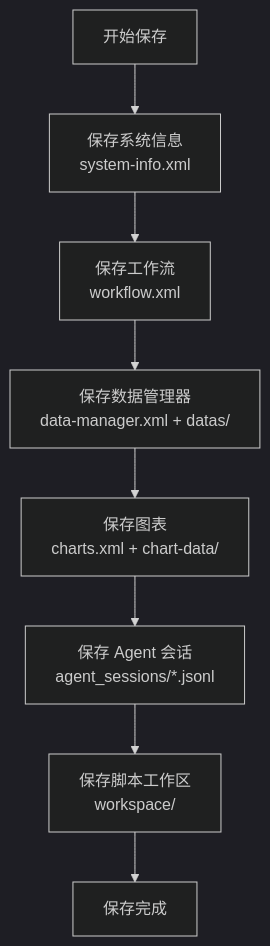
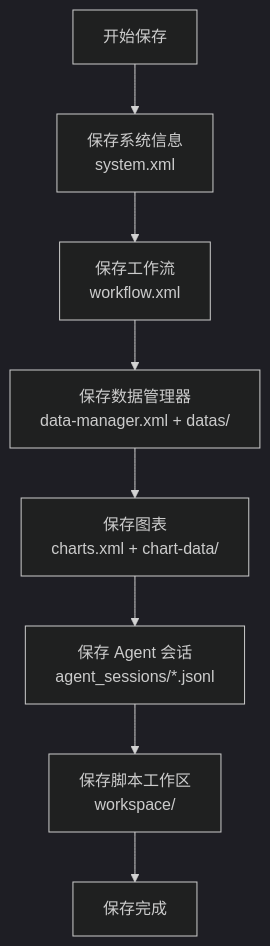
Before and after one commit to czyt1988/data-workbench: the first of 3 diagrams in docs/zh/dev-guide/architecture/project-file-structure.md, drawn with Mermaid (dark theme). The commit also changed other lines of this file and 55 other files, not shown here.

````diff
--- a/docs/zh/dev-guide/architecture/project-file-structure.md
+++ b/docs/zh/dev-guide/architecture/project-file-structure.md
@@ -88,10 +88,10 @@
 ```mermaid
 flowchart TD
-    A["开始保存"] --> B["保存系统信息<br/>system-info.xml"]
+    A["开始保存"] --> B["保存系统信息<br/>system.xml"]
     B --> C["保存工作流<br/>workflow.xml"]
     C --> D["保存数据管理器<br/>data-manager.xml + datas/"]
     D --> E["保存图表<br/>charts.xml + chart-data/"]
     E --> F["保存 Agent 会话<br/>agent_sessions/*.jsonl"]
     F --> W["保存脚本工作区<br/>workspace/"]
     W --> G["保存完成"]
 ```
````
